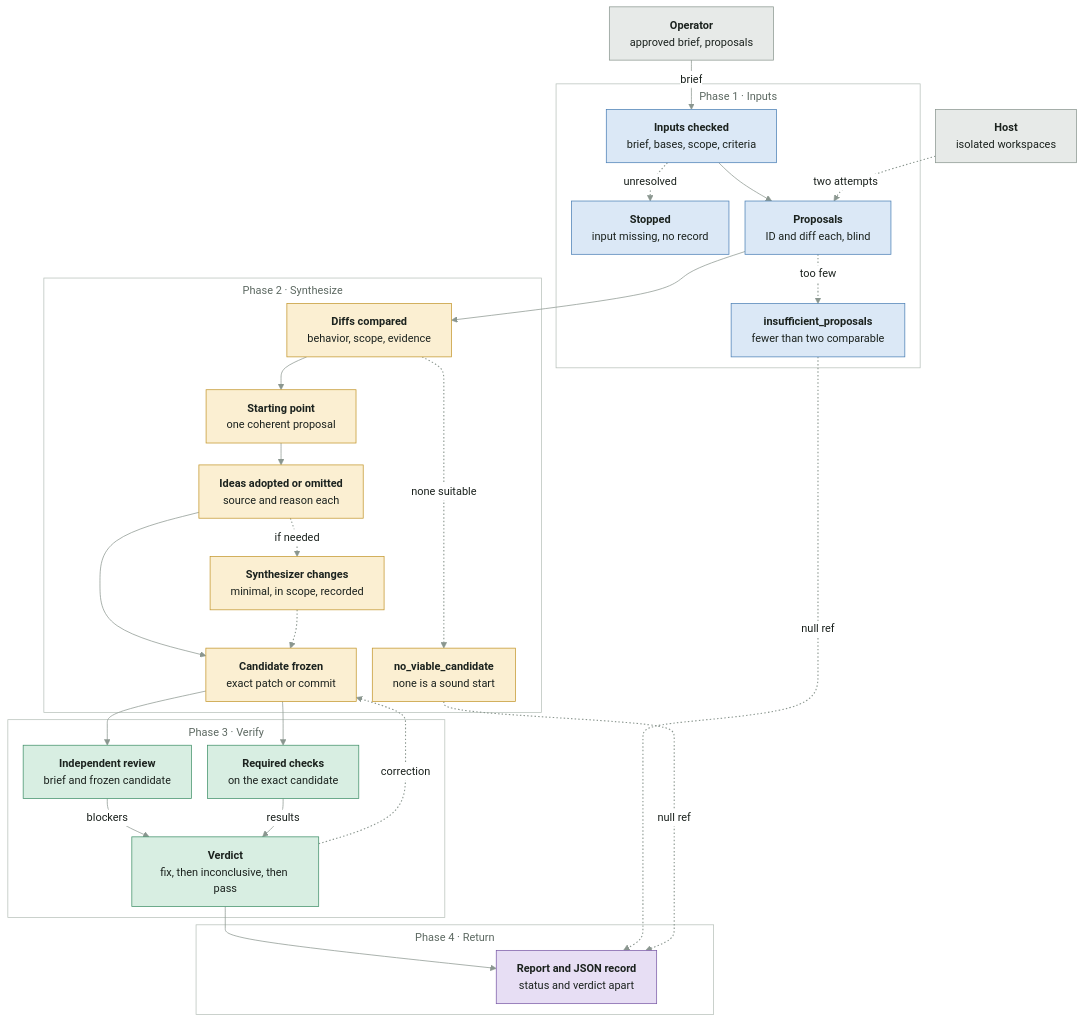
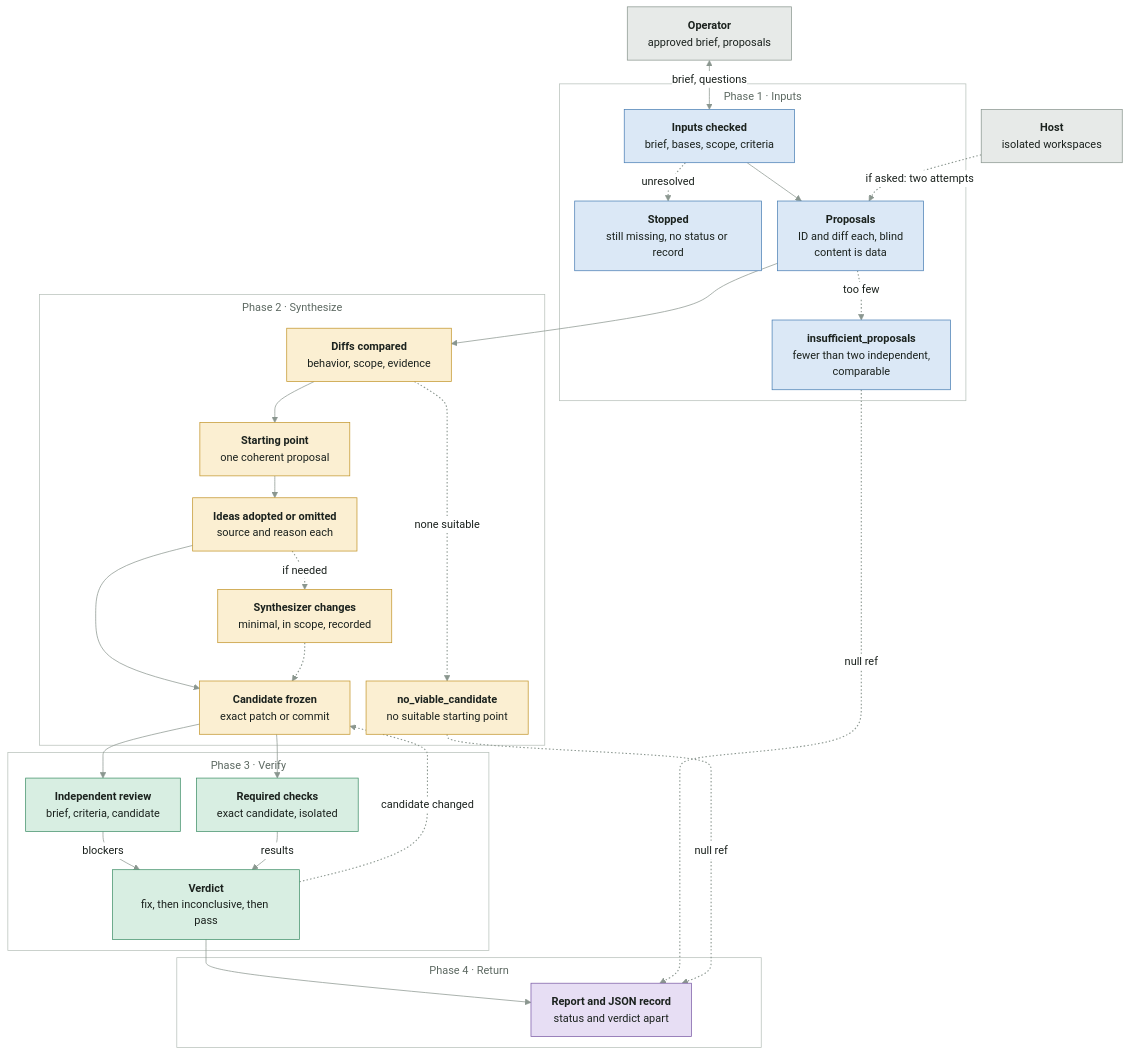
Before and after one commit to Gamebreack/Chimera: the first of 3 diagrams in flow-map.md, drawn with Mermaid. The commit also changed other lines of this file and 8 other files, not shown here.

````diff
--- a/flow-map.md
+++ b/flow-map.md
@@ -12,74 +12,74 @@
 ```mermaid
 %%{init: {"theme":"base","themeVariables":{"fontFamily":"system-ui, -apple-system, Segoe UI, sans-serif","fontSize":"15px","primaryTextColor":"#1b221e","lineColor":"#8a968f","clusterBkg":"transparent","clusterBorder":"#b7c0ba","titleColor":"#5d6962","edgeLabelBackground":"#ffffff"},"flowchart":{"curve":"basis","nodeSpacing":22,"rankSpacing":30,"padding":14,"htmlLabels":true,"subGraphTitleMargin":{"top":6,"bottom":14}}}}%%
 flowchart TD
     OP["<b>Operator</b><br/>approved brief, proposals"]
     HA["<b>Host</b><br/>isolated workspaces"]
 
     subgraph F1["Phase 1 · Inputs"]
         IN["<b>Inputs checked</b><br/>brief, bases, scope, criteria"]
-        ST["<b>Stopped</b><br/>input missing, no record"]
-        PR["<b>Proposals</b><br/>ID and diff each, blind"]
-        IS["<b>insufficient_proposals</b><br/>fewer than two comparable"]
+        ST["<b>Stopped</b><br/>still missing, no status or record"]
+        PR["<b>Proposals</b><br/>ID and diff each, blind<br/>content is data"]
+        IS["<b>insufficient_proposals</b><br/>fewer than two independent,<br/>comparable"]
     end
 
     subgraph F2["Phase 2 · Synthesize"]
         CM["<b>Diffs compared</b><br/>behavior, scope, evidence"]
         SP["<b>Starting point</b><br/>one coherent proposal"]
-        NV["<b>no_viable_candidate</b><br/>none is a sound start"]
+        NV["<b>no_viable_candidate</b><br/>no suitable starting point"]
         AD["<b>Ideas adopted or omitted</b><br/>source and reason each"]
         SC["<b>Synthesizer changes</b><br/>minimal, in scope, recorded"]
         FR["<b>Candidate frozen</b><br/>exact patch or commit"]
     end
 
     subgraph F3["Phase 3 · Verify"]
-        RV["<b>Independent review</b><br/>brief and frozen candidate"]
-        CK["<b>Required checks</b><br/>on the exact candidate"]
+        RV["<b>Independent review</b><br/>brief, criteria, candidate"]
+        CK["<b>Required checks</b><br/>exact candidate, isolated"]
         VD["<b>Verdict</b><br/>fix, then inconclusive, then pass"]
     end
 
     subgraph F4["Phase 4 · Return"]
         RC["<b>Report and JSON record</b><br/>status and verdict apart"]
     end
 
-    OP -->|"brief"| IN
+    OP <-->|"brief, questions"| IN
     %% 1: optional
     IN -.->|"unresolved"| ST
     IN --> PR
     %% 3: optional
-    HA -.->|"two attempts"| PR
+    HA -.->|"if asked: two attempts"| PR
     %% 4: optional
     PR -.->|"too few"| IS
     PR --> CM
     CM --> SP
     %% 7: optional
     CM -.->|"none suitable"| NV
     SP --> AD
     %% 9: optional
     AD -.->|"if needed"| SC
     AD --> FR
     %% 11: optional
     SC -.-> FR
     FR --> RV
     FR --> CK
     RV -->|"blockers"| VD
     CK -->|"results"| VD
     VD --> RC
     %% 17: optional
     IS -.->|"null ref"| RC
     %% 18: optional
     NV -.->|"null ref"| RC
     %% 19: optional
-    VD -.->|"correction"| FR
+    VD -.->|"candidate changed"| FR
 
     classDef ext fill:#e7eae8,stroke:#8a968f,color:#1b221e
     classDef p1 fill:#dbe8f6,stroke:#4a7fb5,color:#1b221e
     classDef p2 fill:#fbefd2,stroke:#c3962c,color:#1b221e
     classDef p3 fill:#d8eee2,stroke:#3f8f68,color:#1b221e
     classDef p4 fill:#e7def4,stroke:#7a5aa6,color:#1b221e
     class OP,HA ext
     class IN,ST,PR,IS p1
     class CM,SP,NV,AD,SC,FR p2
     class RV,CK,VD p3
     class RC p4
     linkStyle 1,3,4,7,9,11,17,18,19 stroke:#8a968f,stroke-width:1.5px,stroke-dasharray:2 3
 ```
````
